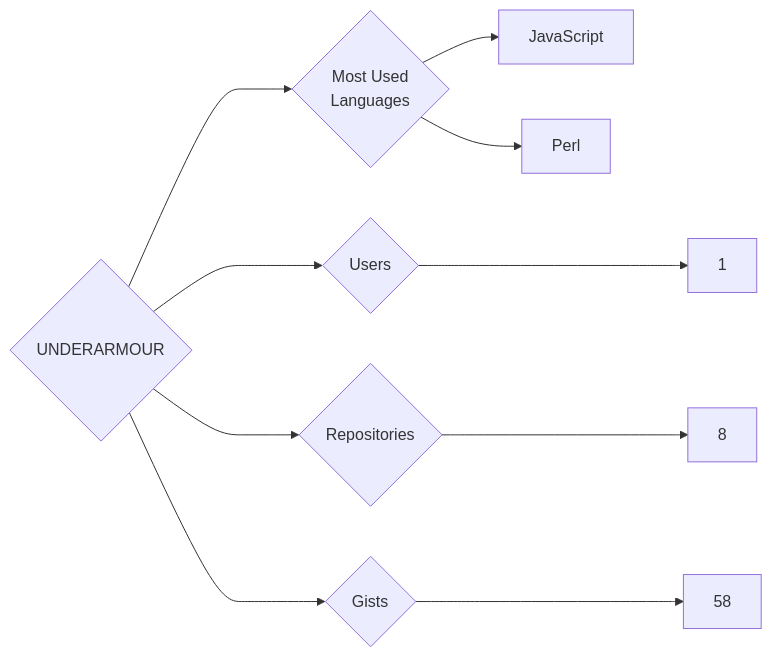
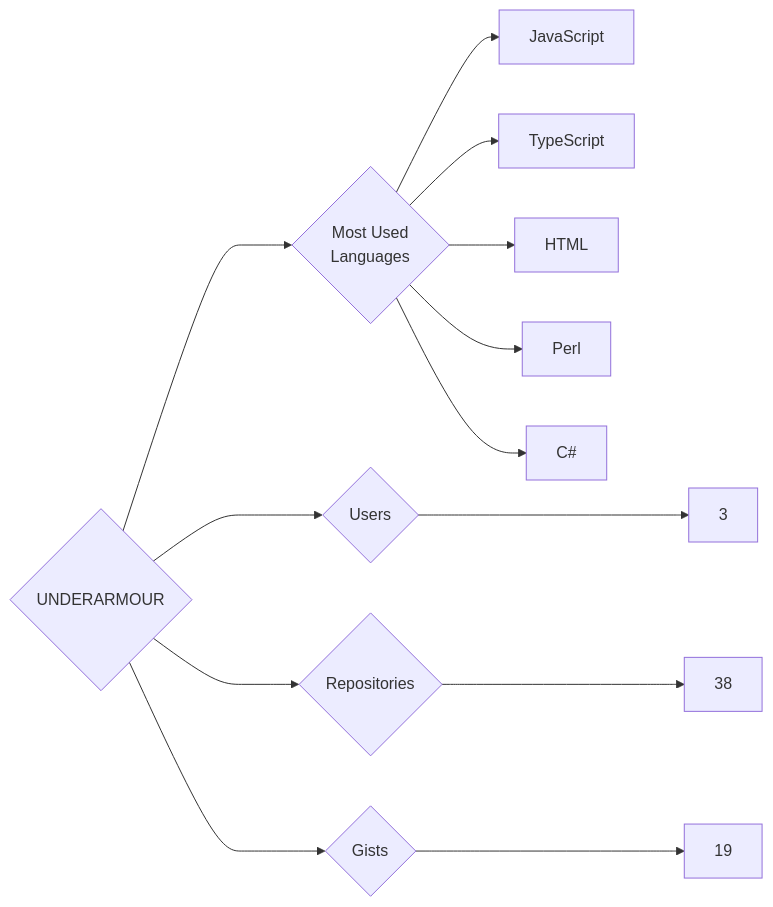
One commit to trickest/insiders changed the diagram in targets/UNDERARMOUR/README.md. Above: the diagram before and after it, drawn with Mermaid. The commit also changed 920 other files, not shown here.

````diff
--- a/targets/UNDERARMOUR/README.md
+++ b/targets/UNDERARMOUR/README.md
@@ -3,10 +3,13 @@
 ```mermaid
 graph LR
 COMPANY_NAME{UNDERARMOUR}
-COMPANY_NAME ---> U{Users} ---> UN[1]
-COMPANY_NAME ---> R{Repositories} ---> RN[8]
-COMPANY_NAME ---> G{Gists} ---> GN[58]
+COMPANY_NAME ---> U{Users} ---> UN[3]
+COMPANY_NAME ---> R{Repositories} ---> RN[38]
+COMPANY_NAME ---> G{Gists} ---> GN[19]
 COMPANY_NAME ---> ML{Most Used<br>Languages}
 ML --> JavaScript[JavaScript]
+ML --> TypeScript[TypeScript]
+ML --> HTML[HTML]
 ML --> Perl[Perl]
+ML --> C#[C#]
 ```
````
